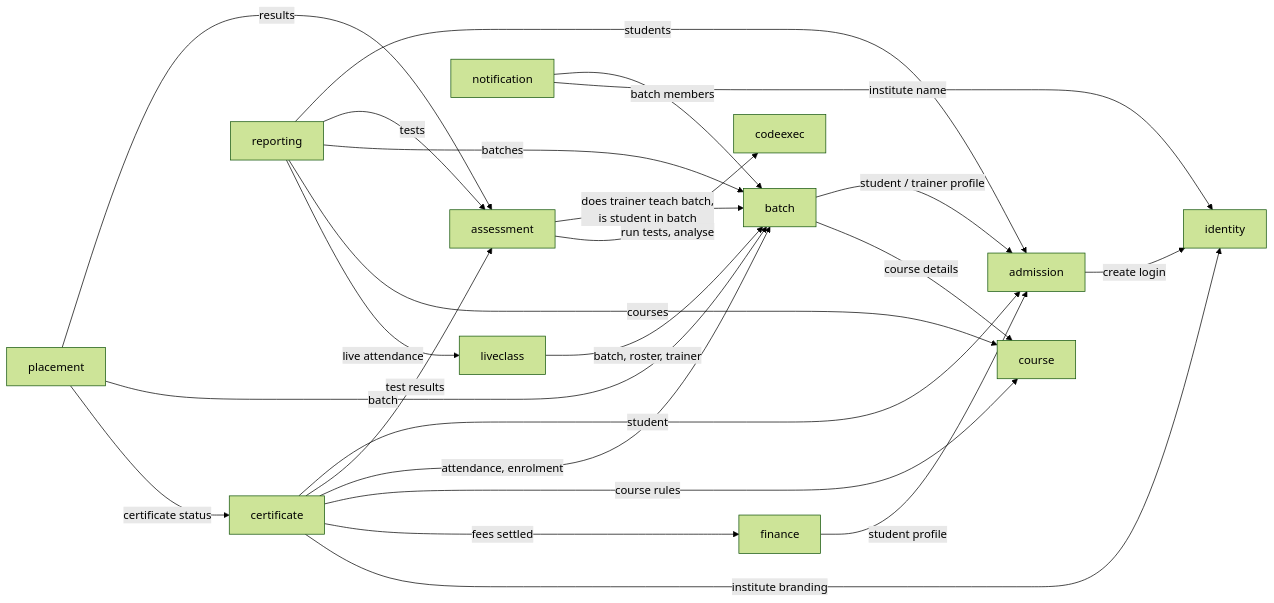
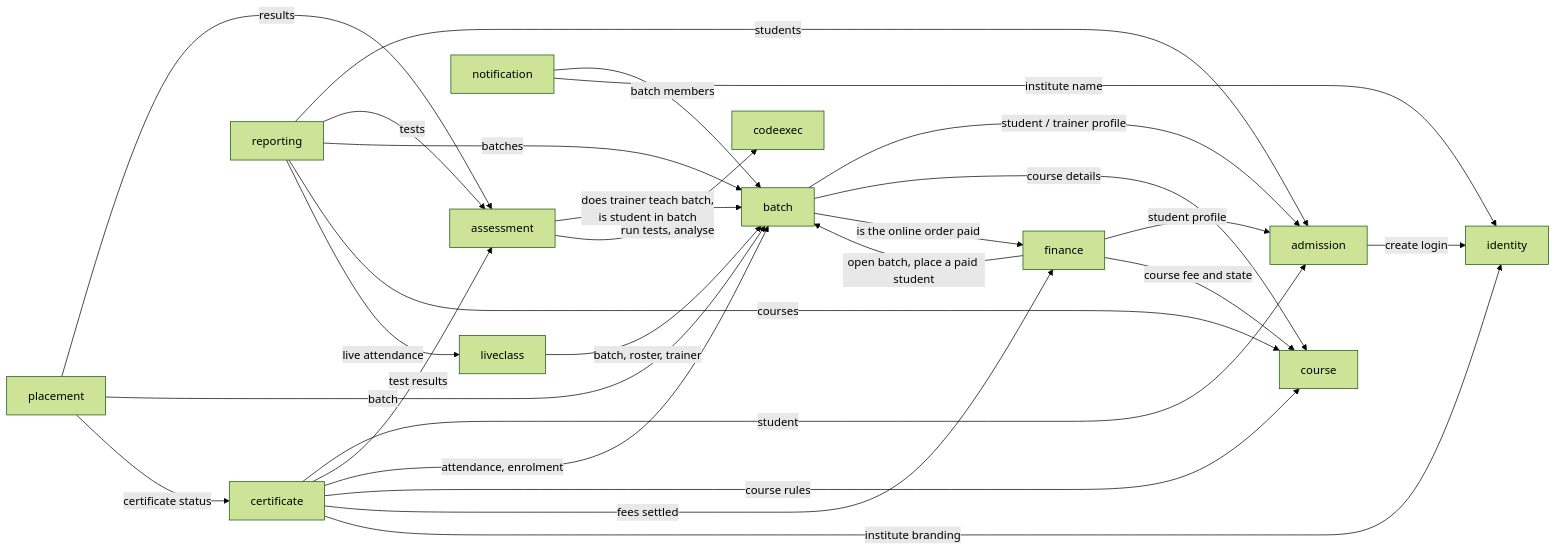
The diagram in docs/diagrams/architecture/03-service-calls.mmd (rohanrk2810/ITLMS), drawn with Mermaid (forest theme) before and after one commit. The commit also changed 53 other files, not shown here.

Commit message:
Courses: Buy and Inquiry buttons on course cards, and Razorpay online payment that records the fee and places the student in a batch

```diff
--- a/docs/diagrams/architecture/03-service-calls.mmd
+++ b/docs/diagrams/architecture/03-service-calls.mmd
@@ -1,38 +1,41 @@
 flowchart LR
     %% Synchronous calls (Feign). Arrow = "calls". Every call has a fallback that fails closed.
     AD["admission"]
     ID["identity"]
     CR["course"]
     BA["batch"]
     AS["assessment"]
     FN["finance"]
     CE["certificate"]
     PLC["placement"]
     NO["notification"]
     LC["liveclass"]
     RP["reporting"]
     CX["codeexec"]
 
     AD -->|"create login"| ID
     BA -->|"student / trainer profile"| AD
     BA -->|"course details"| CR
     AS -->|"does trainer teach batch,<br/>is student in batch"| BA
     AS -->|"run tests, analyse"| CX
     LC -->|"batch, roster, trainer"| BA
     FN -->|"student profile"| AD
+    FN -->|"course fee and state"| CR
+    FN -->|"open batch, place a paid student"| BA
+    BA -->|"is the online order paid"| FN
     CE -->|"student"| AD
     CE -->|"test results"| AS
     CE -->|"attendance, enrolment"| BA
     CE -->|"course rules"| CR
     CE -->|"fees settled"| FN
     CE -->|"institute branding"| ID
     PLC -->|"results"| AS
     PLC -->|"batch"| BA
     PLC -->|"certificate status"| CE
     NO -->|"batch members"| BA
     NO -->|"institute name"| ID
     RP -->|"students"| AD
     RP -->|"tests"| AS
     RP -->|"batches"| BA
     RP -->|"courses"| CR
     RP -->|"live attendance"| LC
```
